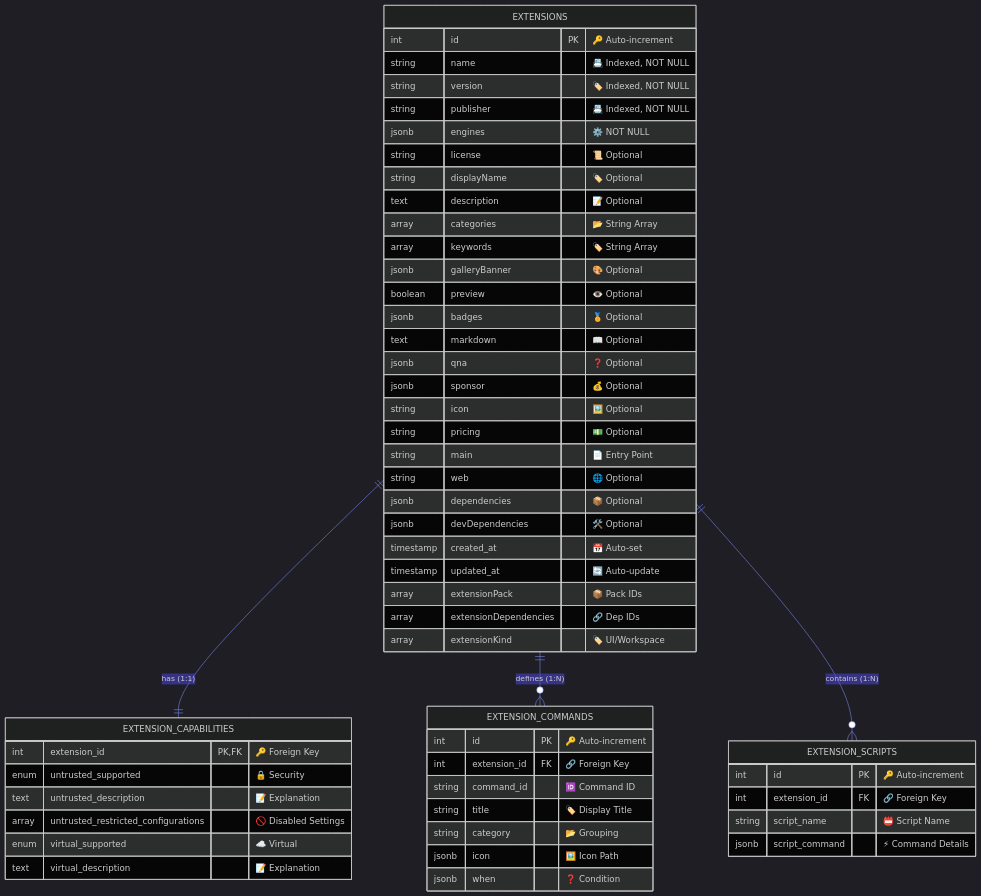
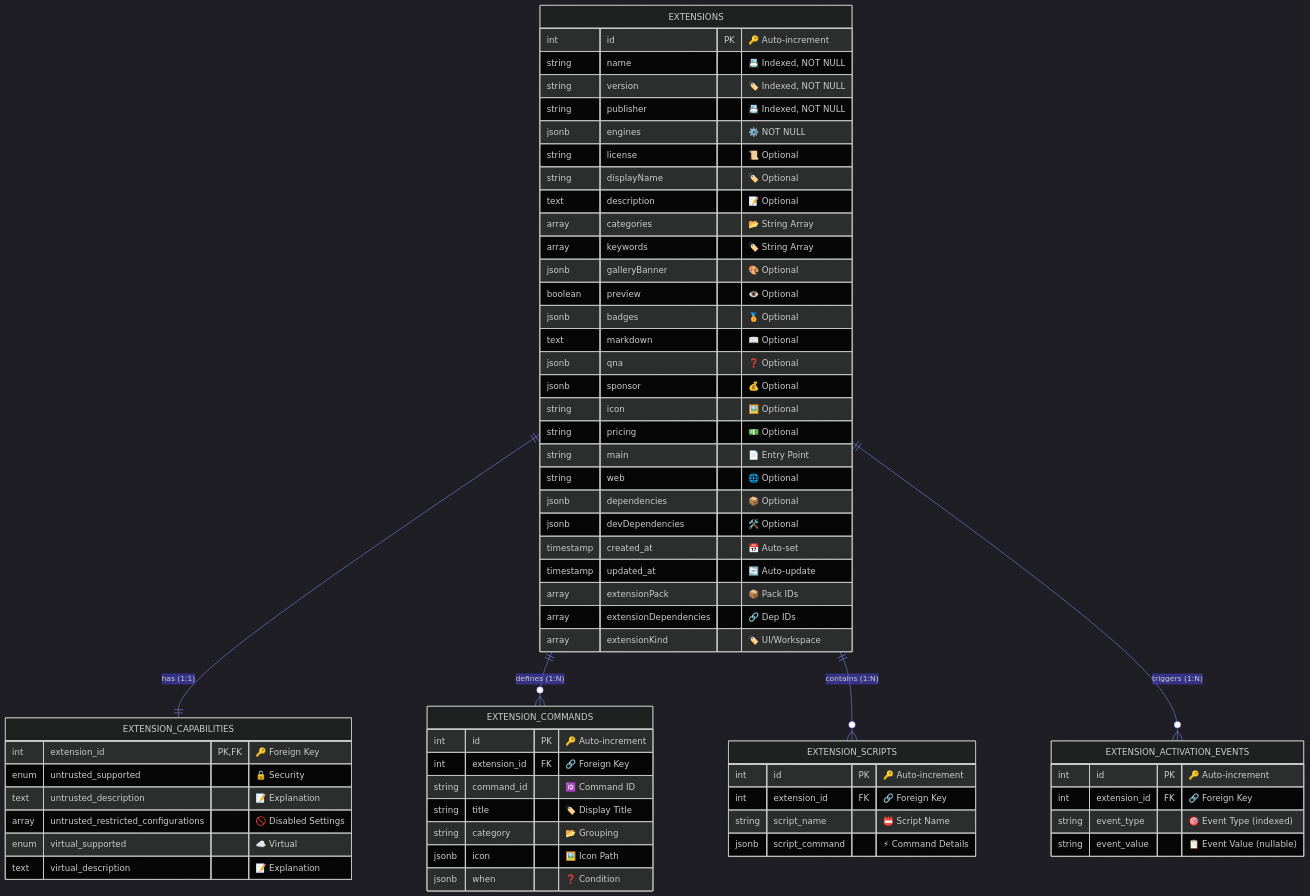
The eighth of 14 diagrams in documents/ARCHITECTURE.md (Ekremunalytu/automation_enviroment), drawn with Mermaid before and after one commit. The commit also changed other lines of this file and 9 other files, not shown here.

Commit message:
activation events added

````diff
--- a/documents/ARCHITECTURE.md
+++ b/documents/ARCHITECTURE.md
@@ -427,63 +432,71 @@
 ```mermaid
 %%{init: {'theme': 'dark', 'themeVariables': { 'background': '#0d1117', 'primaryColor': '#3b82f6', 'primaryTextColor': '#e6edf3', 'lineColor': '#818cf8', 'tertiaryColor': '#4f46e5', 'attributeBackgroundColorEven': '#161b22', 'attributeBackgroundColorOdd': '#21262d'}}}%%
 erDiagram
     EXTENSIONS ||--|| EXTENSION_CAPABILITIES : "has (1:1)"
     EXTENSIONS ||--o{ EXTENSION_COMMANDS : "defines (1:N)"
     EXTENSIONS ||--o{ EXTENSION_SCRIPTS : "contains (1:N)"
+    EXTENSIONS ||--o{ EXTENSION_ACTIVATION_EVENTS : "triggers (1:N)"
 
     EXTENSIONS {
         int id PK "🔑 Auto-increment"
         string name "📇 Indexed, NOT NULL"
         string version "🏷️ Indexed, NOT NULL"
         string publisher "📇 Indexed, NOT NULL"
         jsonb engines "⚙️ NOT NULL"
         string license "📜 Optional"
         string displayName "🏷️ Optional"
         text description "📝 Optional"
         array categories "📂 String Array"
         array keywords "🏷️ String Array"
         jsonb galleryBanner "🎨 Optional"
         boolean preview "👁️ Optional"
         jsonb badges "🏅 Optional"
         text markdown "📖 Optional"
         jsonb qna "❓ Optional"
         jsonb sponsor "💰 Optional"
         string icon "🖼️ Optional"
         string pricing "💵 Optional"
         string main "📄 Entry Point"
         string web "🌐 Optional"
         jsonb dependencies "📦 Optional"
         jsonb devDependencies "🛠️ Optional"
         timestamp created_at "📅 Auto-set"
         timestamp updated_at "🔄 Auto-update"
         array extensionPack "📦 Pack IDs"
         array extensionDependencies "🔗 Dep IDs"
         array extensionKind "🏷️ UI/Workspace"
     }
 
     EXTENSION_CAPABILITIES {
         int extension_id PK,FK "🔑 Foreign Key"
         enum untrusted_supported "🔒 Security"
         text untrusted_description "📝 Explanation"
         array untrusted_restricted_configurations "🚫 Disabled Settings"
         enum virtual_supported "☁️ Virtual"
         text virtual_description "📝 Explanation"
     }
 
     EXTENSION_COMMANDS {
         int id PK "🔑 Auto-increment"
         int extension_id FK "🔗 Foreign Key"
         string command_id "🆔 Command ID"
         string title "🏷️ Display Title"
         string category "📂 Grouping"
         jsonb icon "🖼️ Icon Path"
         jsonb when "❓ Condition"
     }
 
     EXTENSION_SCRIPTS {
         int id PK "🔑 Auto-increment"
         int extension_id FK "🔗 Foreign Key"
         string script_name "📛 Script Name"
         jsonb script_command "⚡ Command Details"
     }
+
+    EXTENSION_ACTIVATION_EVENTS {
+        int id PK "🔑 Auto-increment"
+        int extension_id FK "🔗 Foreign Key"
+        string event_type "🎯 Event Type (indexed)"
+        string event_value "📋 Event Value (nullable)"
+    }
 ```
````
